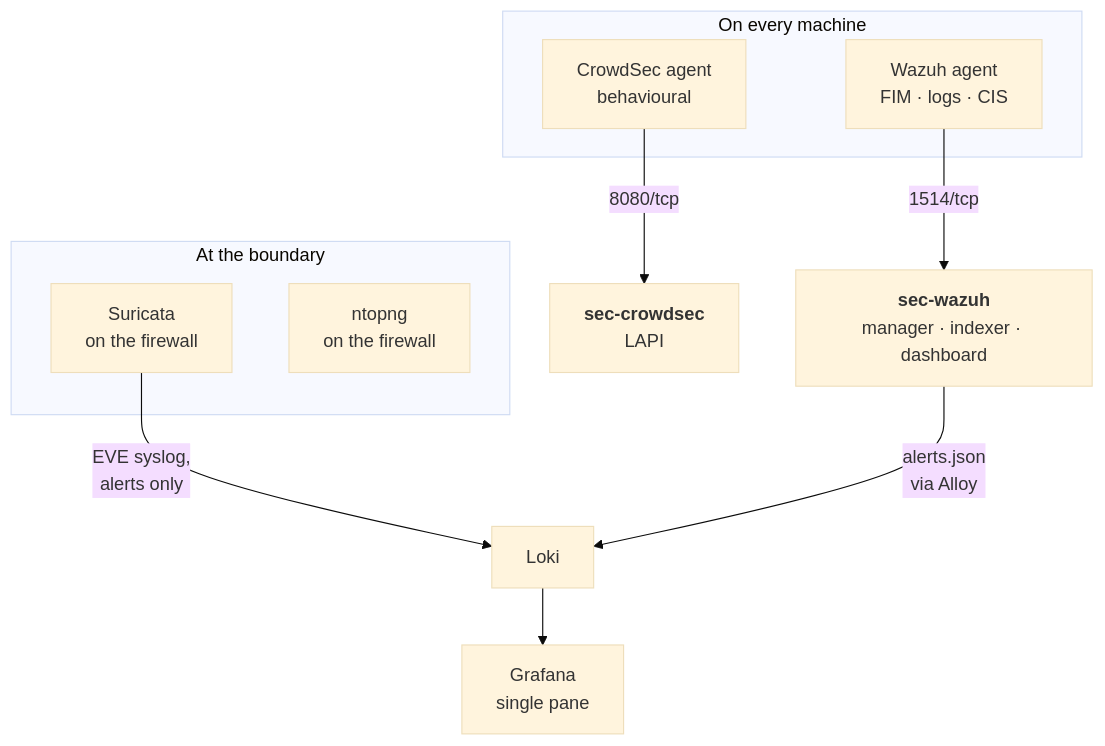
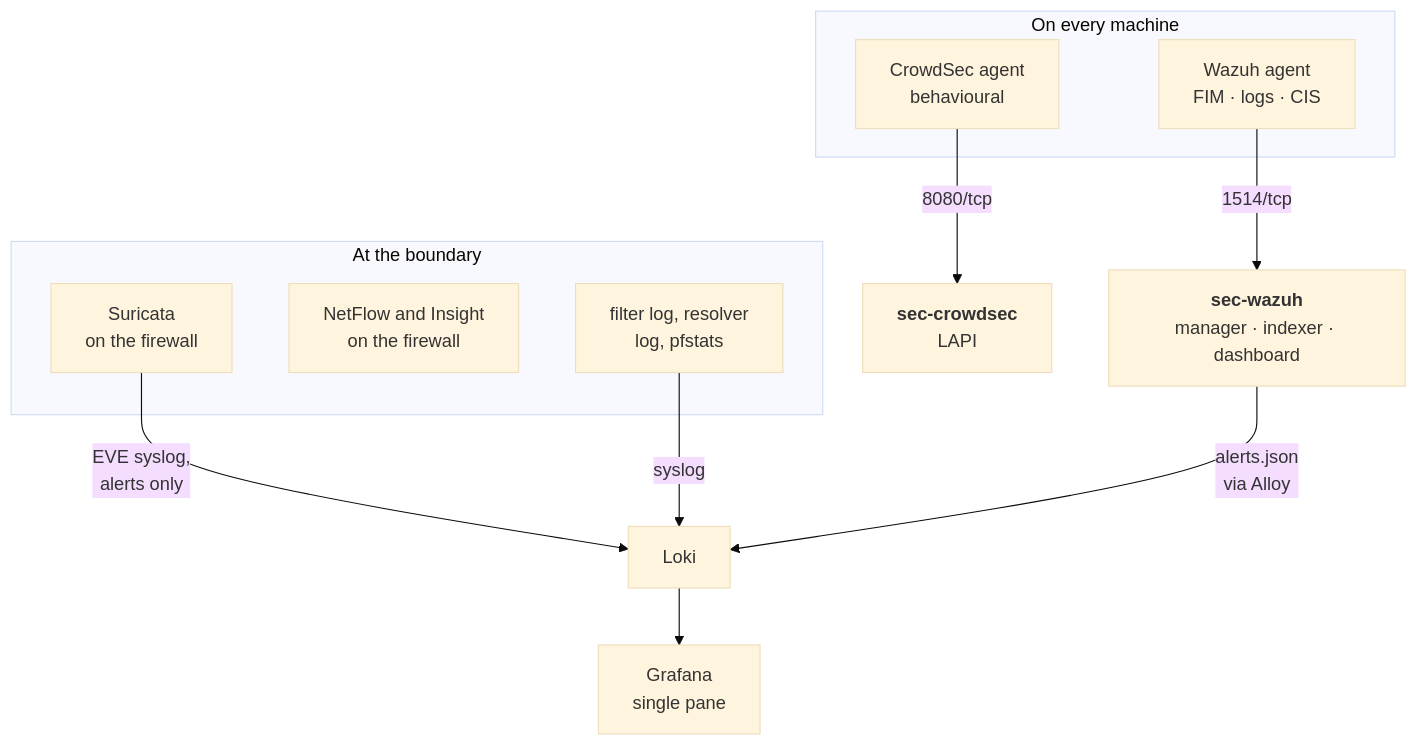
One commit to HarshitRuwali/homelab-infra changed the diagram in security/docs/architecture/index.md. Above: the diagram before and after it, drawn with Mermaid (base theme). The commit also changed other lines of this file and 18 other files, not shown here.

First line of the commit message:
feat(security): add the pfstats producer for the firewall and document its log streams

````diff
--- a/security/docs/architecture/index.md
+++ b/security/docs/architecture/index.md
@@ -79,23 +79,25 @@
 ```mermaid
 flowchart TB
     subgraph edge["At the boundary"]
         SUR["Suricata<br/>on the firewall"]
-        NTOP["ntopng<br/>on the firewall"]
+        FLOW["NetFlow and Insight<br/>on the firewall"]
+        FWS["filter log, resolver<br/>log, pfstats"]
     end
 
     subgraph hosts["On every machine"]
         WAZ["Wazuh agent<br/>FIM · logs · CIS"]
         CS["CrowdSec agent<br/>behavioural"]
     end
 
     MGR["<b>sec-wazuh</b><br/>manager · indexer · dashboard"]
     LAPI["<b>sec-crowdsec</b><br/>LAPI"]
     LOKI["Loki"]
     GRAF["Grafana<br/>single pane"]
 
     WAZ -->|"1514/tcp"| MGR
     CS -->|"8080/tcp"| LAPI
     SUR -->|"EVE syslog,<br/>alerts only"| LOKI
+    FWS -->|"syslog"| LOKI
     MGR -->|"alerts.json<br/>via Alloy"| LOKI
     LOKI --> GRAF
 ```
````
